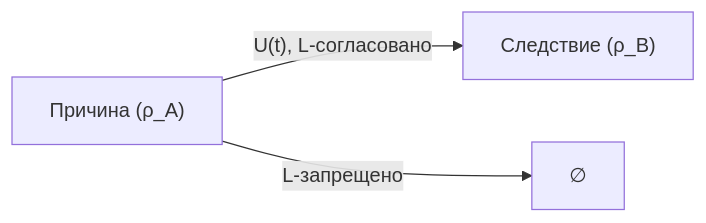
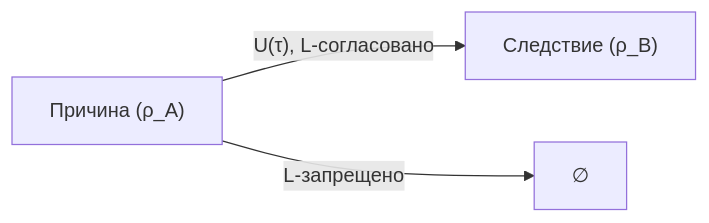
Before and after one commit to uhm-theory/holon: the first of 2 diagrams in website/docs/core/structure/dimension-l.md, drawn with Mermaid. The commit also changed other lines of this file and 49 other files, not shown here.

````diff
--- a/website/docs/core/structure/dimension-l.md
+++ b/website/docs/core/structure/dimension-l.md
@@ -137,5 +214,5 @@
 ```mermaid
 graph LR
-    C["Причина (ρ_A)"] -->|"U(t), L-согласовано"| E["Следствие (ρ_B)"]
+    C["Причина (ρ_A)"] -->|"U(τ), L-согласовано"| E["Следствие (ρ_B)"]
     C -->|"L-запрещено"| X["∅"]
 ```
````
